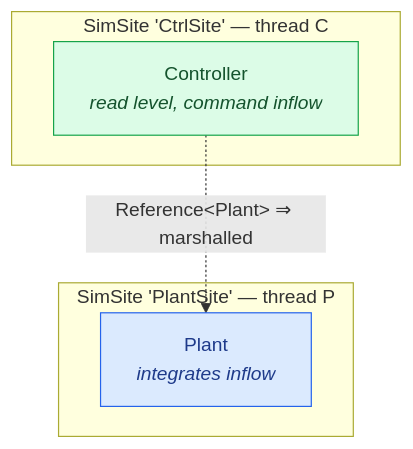
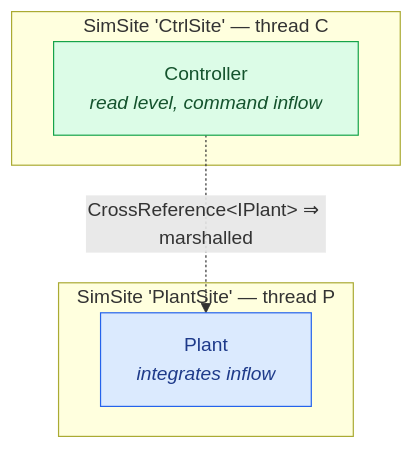
One commit to SimulaSharp-org/simulasharp-docs changed the first of 2 diagrams in public/content/scenario-controller-plant.md. Above: the diagram before and after it, drawn with Mermaid. The commit also changed other lines of this file and 13 other files, not shown here.

````diff
--- a/public/content/scenario-controller-plant.md
+++ b/public/content/scenario-controller-plant.md
@@ -14,14 +14,14 @@
 ```mermaid
 graph TB
   subgraph plant ["SimSite 'PlantSite' — thread P"]
     P["Plant<br/><i>integrates inflow</i>"]
   end
   subgraph ctrl ["SimSite 'CtrlSite' — thread C"]
     Ctl["Controller<br/><i>read level, command inflow</i>"]
   end
-  Ctl -. "Reference&lt;Plant&gt; ⇒ marshalled" .-> P
+  Ctl -. "CrossReference&lt;IPlant&gt; ⇒ marshalled" .-> P
   classDef a fill:#dbeafe,stroke:#2563eb,color:#1e3a8a;
   classDef b fill:#dcfce7,stroke:#16a34a,color:#14532d;
   class P a;
   class Ctl b;
 ```
````
